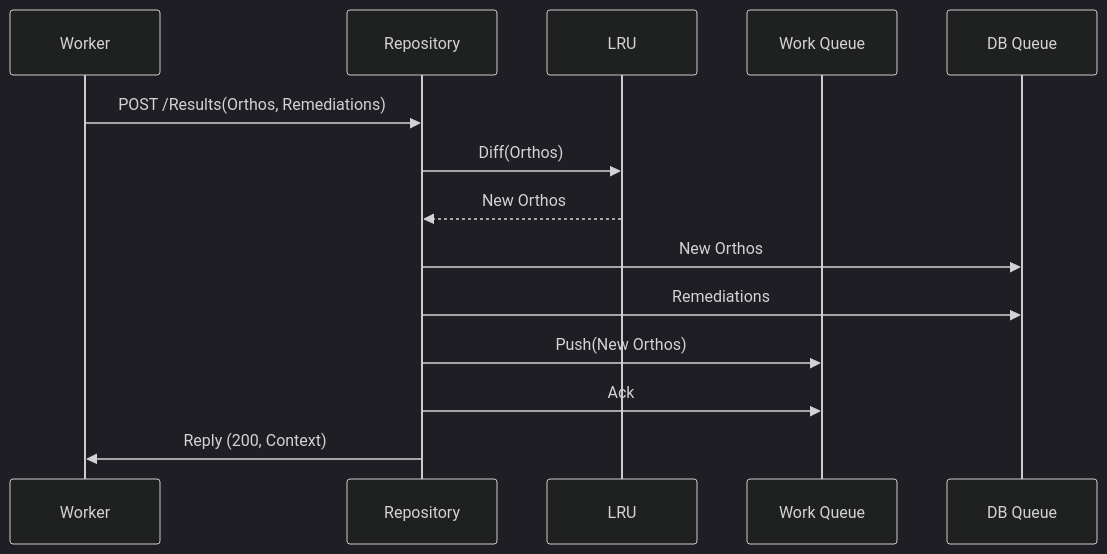
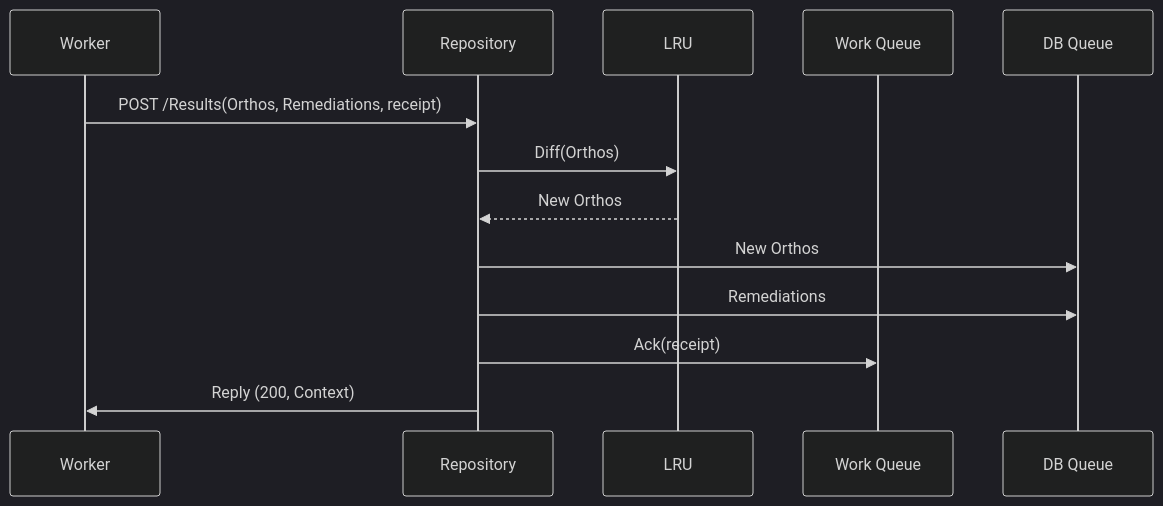
Before and after one commit to michaelrauh/crochet: the diagram in post_results.md, drawn with Mermaid (dark theme). The commit also changed 8 other files, not shown here.

Commit message:
move queuename to config and centralize setting of it - fix diagrams

````diff
--- a/post_results.md
+++ b/post_results.md
@@ -1,17 +1,16 @@
 ```mermaid
 sequenceDiagram
     participant Worker
     participant Repository
     participant LRU 
-    participant Work Queue
+    participant Work Queue 
     participant DB Queue
 
-    Worker->>Repository: POST /Results(Orthos, Remediations)
+    Worker->>Repository: POST /Results(Orthos, Remediations, receipt)
     Repository->>LRU: Diff(Orthos)
     LRU-->>Repository: New Orthos
     Repository->>DB Queue: New Orthos
     Repository->>DB Queue: Remediations
-    Repository->>Work Queue: Push(New Orthos)
-    Repository->>Work Queue: Ack
-    Repository->>Worker: Reply (200, Context) 
-```
+    Repository->>Work Queue: Ack(receipt)
+    Repository->>Worker: Reply (200, Context)    
+``` 
````
